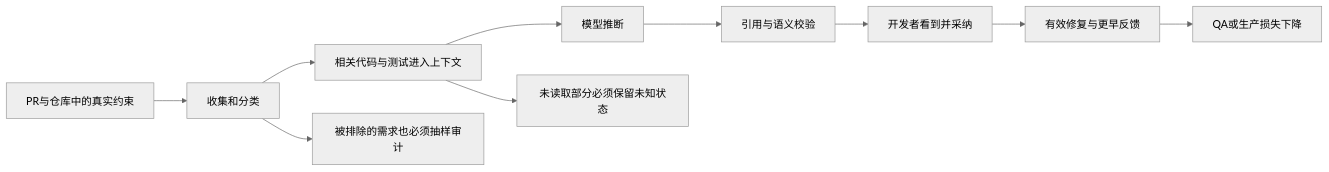
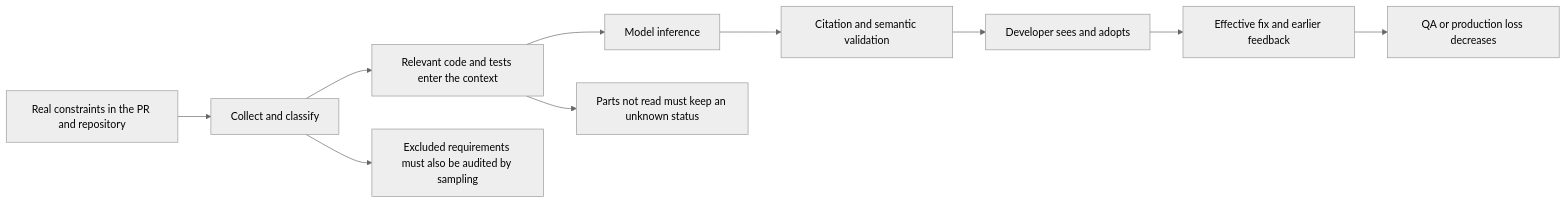
One commit to Mira190/SpecGuard changed the diagram in docs/critical-shift-left-review-2026-10-15.md. Above: the diagram before and after it, drawn with Mermaid (neutral theme). The commit also changed other lines of this file and 42 other files, not shown here.

Commit message:
docs: translate all repository documents to English (Chinese kept only where quoted from code or a reviewed repo)

````diff
--- a/docs/critical-shift-left-review-2026-10-15.md
+++ b/docs/critical-shift-left-review-2026-10-15.md
@@ -59,12 +59,12 @@
 ```mermaid
 flowchart LR
-  A[PR与仓库中的真实约束] --> B[收集和分类]
-  B --> C[相关代码与测试进入上下文]
-  C --> D[模型推断]
-  D --> E[引用与语义校验]
-  E --> F[开发者看到并采纳]
-  F --> G[有效修复与更早反馈]
-  G --> H[QA或生产损失下降]
-  B --> X[被排除的需求也必须抽样审计]
-  C --> Y[未读取部分必须保留未知状态]
+  A[Real constraints in the PR and repository] --> B[Collect and classify]
+  B --> C[Relevant code and tests enter the context]
+  C --> D[Model inference]
+  D --> E[Citation and semantic validation]
+  E --> F[Developer sees and adopts]
+  F --> G[Effective fix and earlier feedback]
+  G --> H[QA or production loss decreases]
+  B --> X[Excluded requirements must also be audited by sampling]
+  C --> Y[Parts not read must keep an unknown status]
 ```
````
